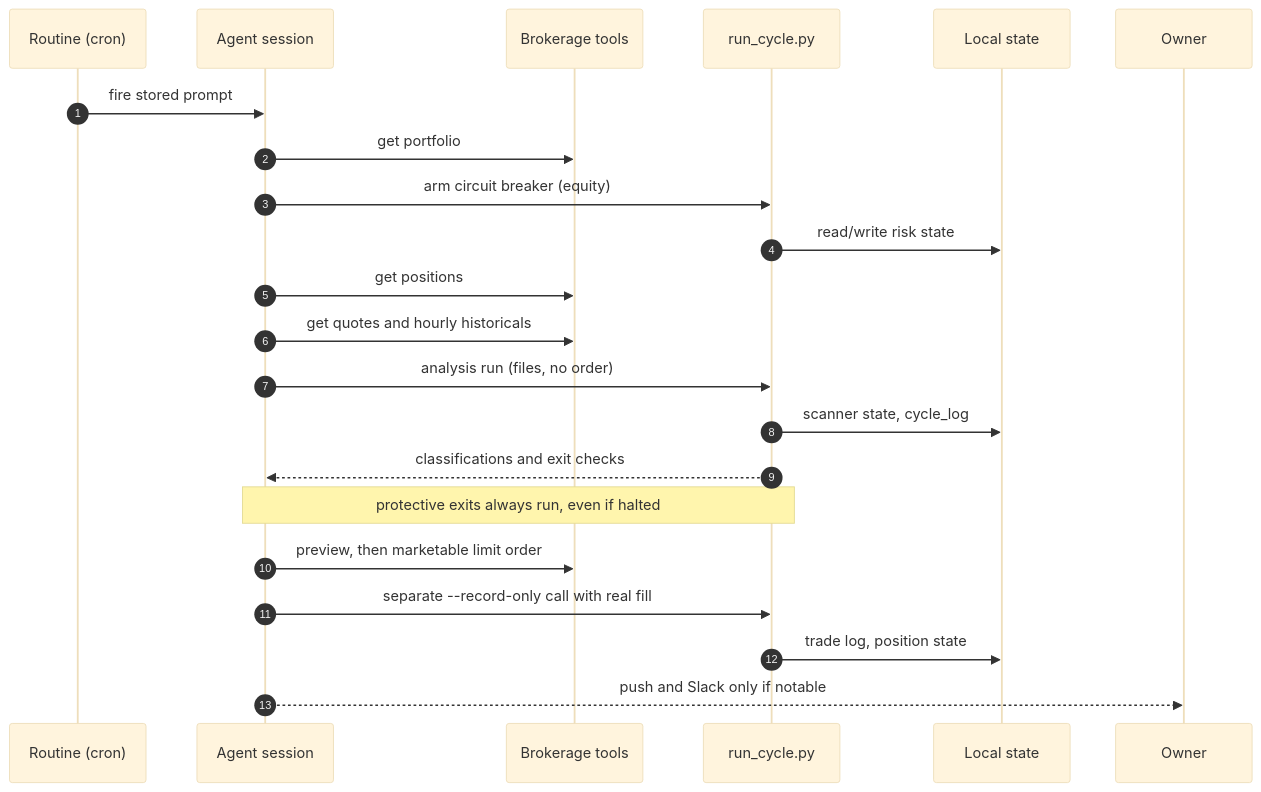
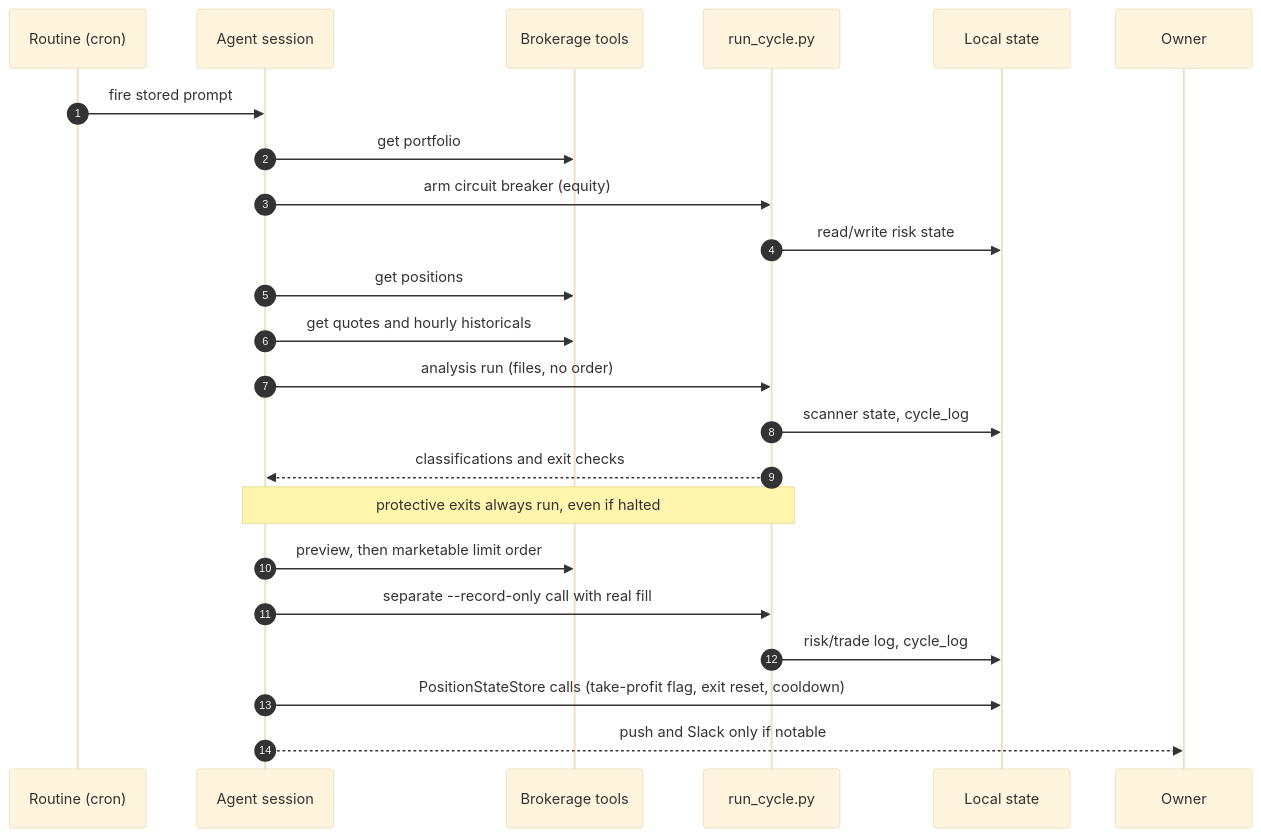
One commit to williamllopez945-boop/git-journey changed the second of 2 diagrams in docs/architecture/system-dataflow.md. Above: the diagram before and after it, drawn with Mermaid (base theme). The commit also changed other lines of this file and 2 other files, not shown here.

First line of the commit message:
Address PR #9 review: show separate position-state writes; mark ET vs UTC schedules

````diff
--- a/docs/architecture/system-dataflow.md
+++ b/docs/architecture/system-dataflow.md
@@ -111,24 +111,25 @@
 ```mermaid
 sequenceDiagram
   autonumber
   participant R as Routine (cron)
   participant A as Agent session
   participant B as Brokerage tools
   participant C as run_cycle.py
   participant S as Local state
   participant O as Owner
   R->>A: fire stored prompt
   A->>B: get portfolio
   A->>C: arm circuit breaker (equity)
   C->>S: read/write risk state
   A->>B: get positions
   A->>B: get quotes and hourly historicals
   A->>C: analysis run (files, no order)
   C->>S: scanner state, cycle_log
   C-->>A: classifications and exit checks
   Note over A,C: protective exits always run, even if halted
   A->>B: preview, then marketable limit order
   A->>C: separate --record-only call with real fill
-  C->>S: trade log, position state
+  C->>S: risk/trade log, cycle_log
+  A->>S: PositionStateStore calls (take-profit flag, exit reset, cooldown)
   A-->>O: push and Slack only if notable
 ```
````
